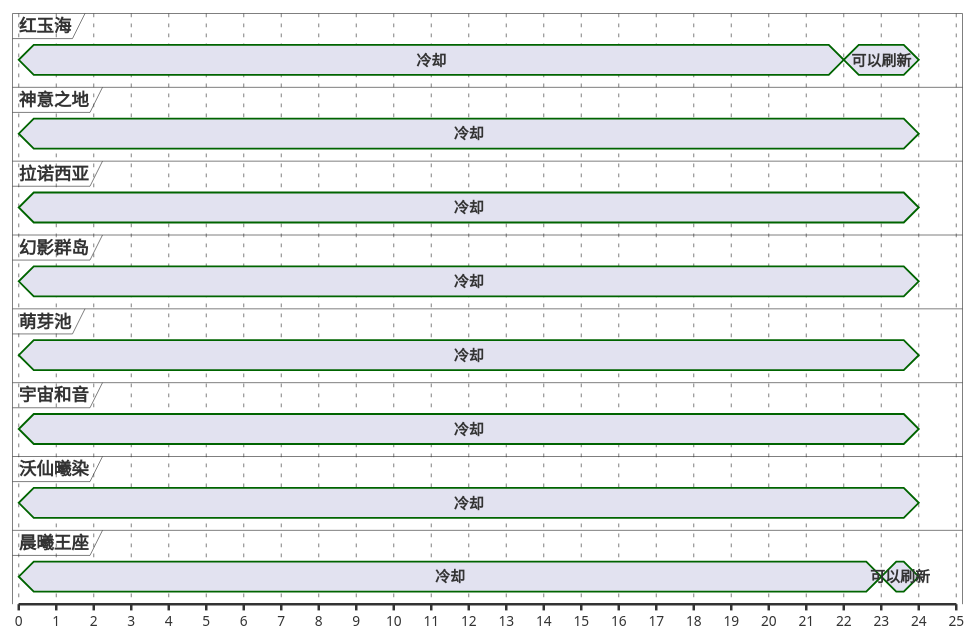
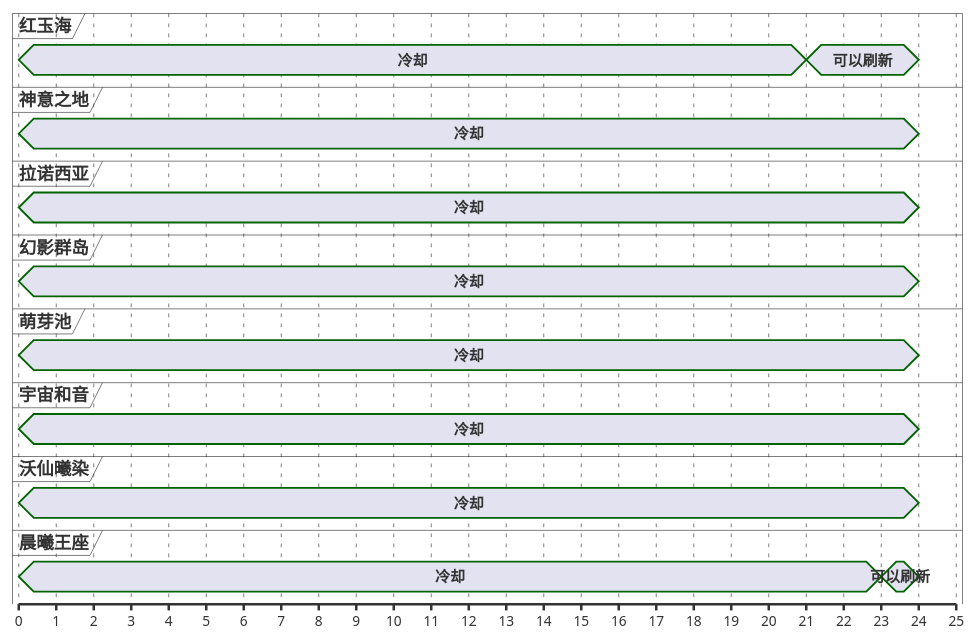
The first of 13 diagrams in ffxiv/hunt/2.0/Wulgaru.md (Eroleice/doc-pi), drawn with PlantUML before and after one commit. The commit also changed other lines of this file and 38 other files, not shown here.

````diff
--- a/ffxiv/hunt/2.0/Wulgaru.md
+++ b/ffxiv/hunt/2.0/Wulgaru.md
@@ -33,49 +33,49 @@
 ```plantuml
 @startuml
 scale 1 as 30 pixels
 
 concise 红玉海
 concise 神意之地
 concise 拉诺西亚
 concise 幻影群岛
 concise 萌芽池
 concise 宇宙和音
 concise 沃仙曦染
 concise 晨曦王座
 
 @红玉海
 0 is 冷却
-22 is 可以刷新
+21 is 可以刷新
 24 is {hidden}
 
 @晨曦王座
 0 is 冷却
 23 is 可以刷新
 24 is {hidden}
 
 @神意之地
 0 is 冷却
 24 is {hidden}
 
 @拉诺西亚
 0 is 冷却
 24 is {hidden}
 
 @宇宙和音
 0 is 冷却
 24 is {hidden}
 
 @萌芽池
 0 is 冷却
 24 is {hidden}
 
 @幻影群岛
 0 is 冷却
 24 is {hidden}
 
 @沃仙曦染
 0 is 冷却
 24 is {hidden}
 
 @enduml
 ```
````
